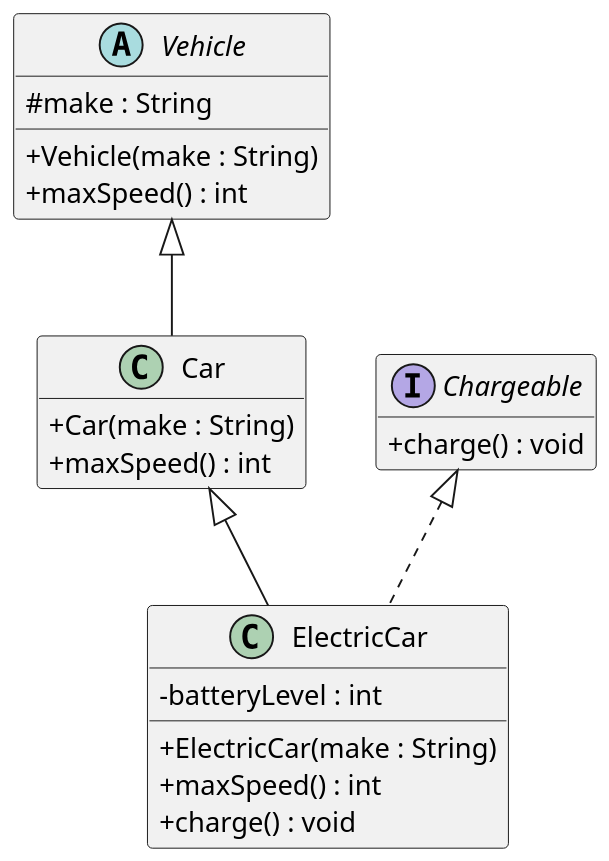
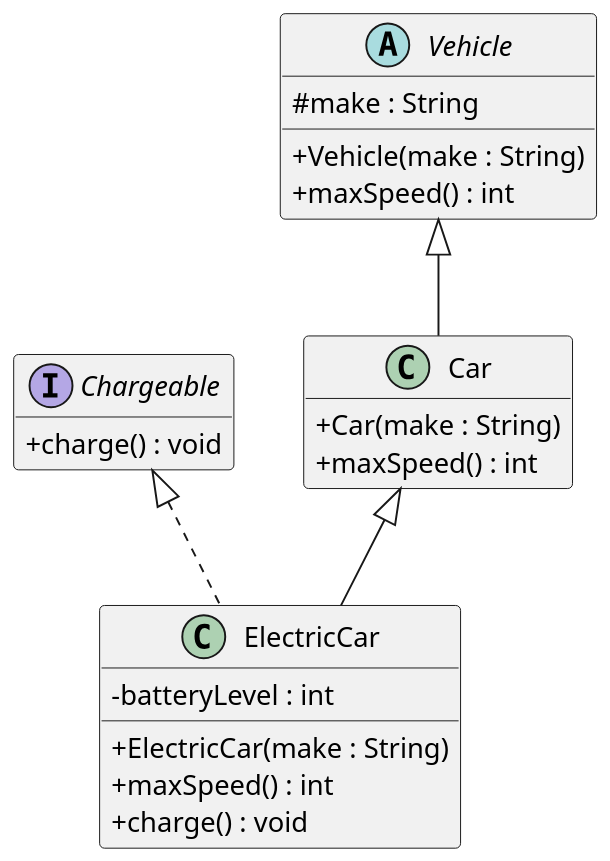
Before and after one commit to KL1105/207-course-notes: the diagram in plantuml/exercises/vehicles-uml-starter.puml, drawn with PlantUML. The commit also changed other lines of this file, not shown here.

```diff
--- a/plantuml/exercises/vehicles-uml-starter.puml
+++ b/plantuml/exercises/vehicles-uml-starter.puml
@@ -1,49 +1,49 @@
 @startuml
 skinparam dpi 150
 skinparam classAttributeIconSize 0
 hide empty members
 
 ' Your task (Chapter 3, Question 2): draw the UML class diagram for the
 ' Vehicle / Car / ElectricCar / Chargeable code.
 '
 ' Define each type as a box, then connect them with the right arrows. One box
 ' (Chargeable) is filled in as an example — complete the other three and add the
 ' relationships.
 '
 ' PlantUML cheat-sheet:
 '   interface Name { + method() : Type }
 '   abstract class Name { # field : Type }
 '   class Name { - field : Type }
 '   Parent    <|-- Child    ' generalization: Child extends Parent
 '   Interface <|.. Class    ' realization:    Class implements Interface
 ' (Putting the parent/interface on the LEFT of the arrow keeps it on top.)
 
+interface Chargeable {
+  + charge() : void
+}
+
 abstract class Vehicle {
   # make : String
   + Vehicle(make : String)
   + maxSpeed() : int
-}
-
-interface Chargeable {
-  + charge() : void
 }
 
 ' Extends class Vehicle but does not realize Chargeable
 class Car {
   + Car(make : String)
   + maxSpeed() : int
 }
 
 ' Extends class Vehicle and also realizes interface Chargeable
 class ElectricCar {
  - batteryLevel : int
  + ElectricCar(make : String)
  + maxSpeed() : int
  + charge() : void
 }
 
 Vehicle <|-- Car
 Car <|-- ElectricCar
 Chargeable <|.. ElectricCar
 
 @enduml
```
